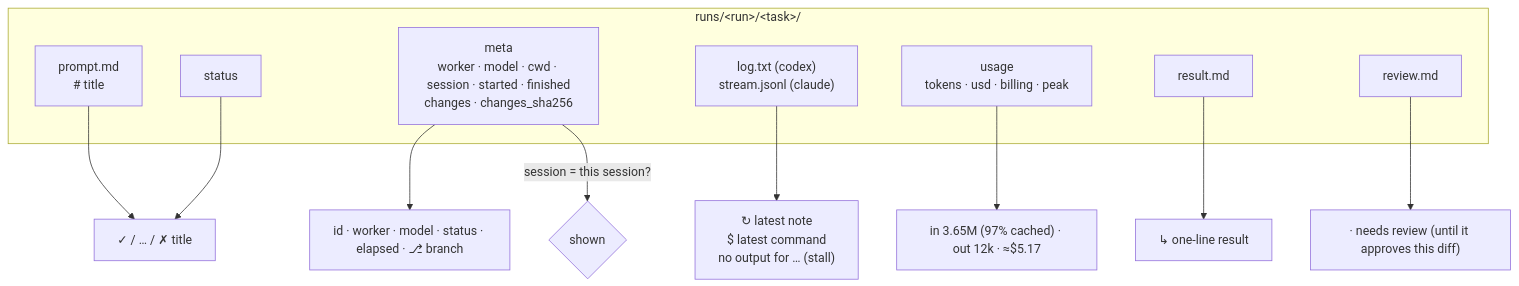
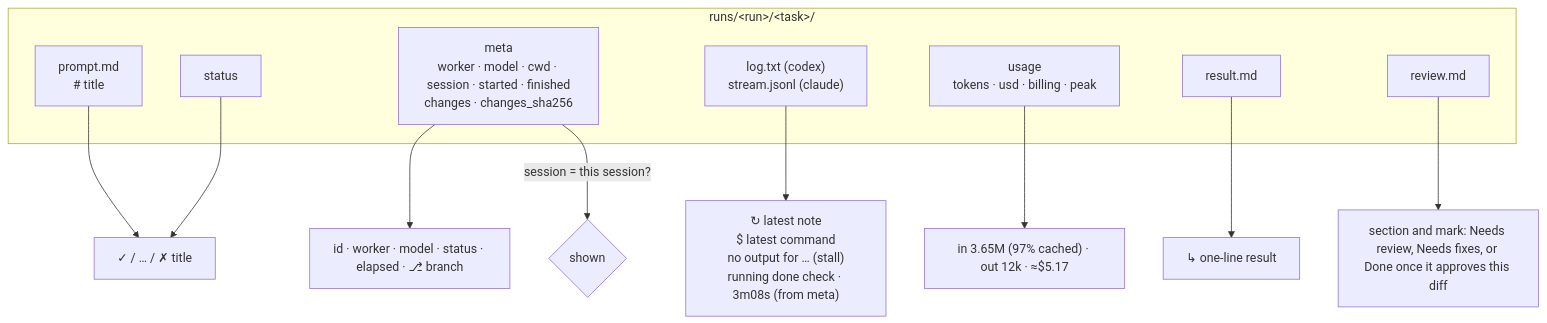
One commit to jandyx/muster changed the fourth of 5 diagrams in docs/how-it-works.md. Above: the diagram before and after it, drawn with Mermaid. The commit also changed other lines of this file and 7 other files, not shown here.

````diff
--- a/docs/how-it-works.md
+++ b/docs/how-it-works.md
@@ -70,20 +75,20 @@
 ```mermaid
 flowchart TB
     subgraph task["runs/&lt;run&gt;/&lt;task&gt;/"]
         prompt["prompt.md<br/># title"]
         meta["meta<br/>worker · model · cwd · session · started · finished<br/>changes · changes_sha256"]
         status[status]
         live["log.txt (codex)<br/>stream.jsonl (claude)"]
         usage["usage<br/>tokens · usd · billing · peak"]
         result[result.md]
         review[review.md]
     end
     prompt --> row1["✓ / … / ✗  title"]
     status --> row1
     meta --> row2["id · worker · model · status · elapsed · ⎇ branch"]
-    review --> row1b["· needs review (until it approves this diff)"]
+    review --> row1b["section and mark: Needs review, Needs fixes, or Done once it approves this diff"]
     usage --> row3["in 3.65M (97% cached) · out 12k · ≈$5.17"]
-    live --> row4["↻ latest note<br/>$ latest command<br/>no output for … (stall)"]
+    live --> row4["↻ latest note<br/>$ latest command<br/>no output for … (stall)<br/>running done check · 3m08s (from meta)"]
     result --> row5["↳ one-line result"]
     meta -- "session = this session?" --> filter{shown}
 ```
````
